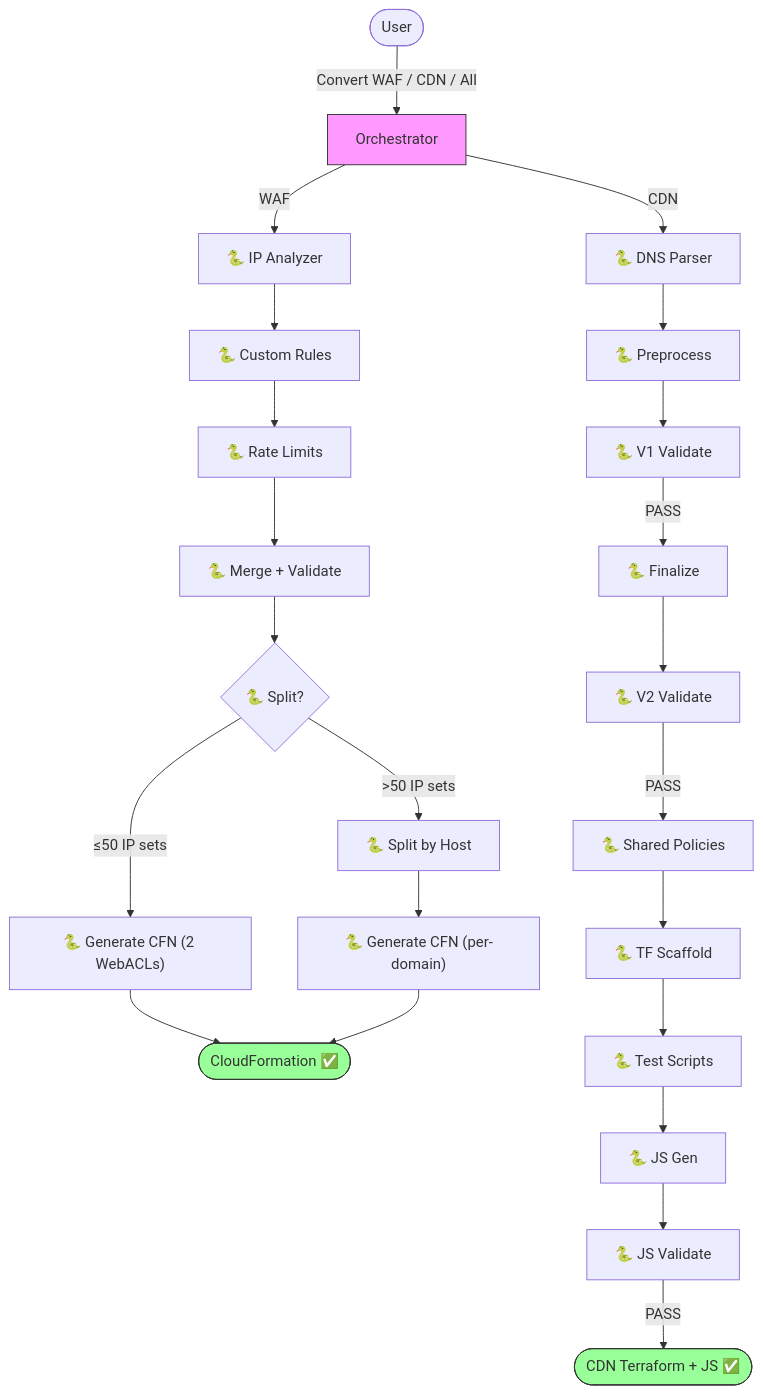
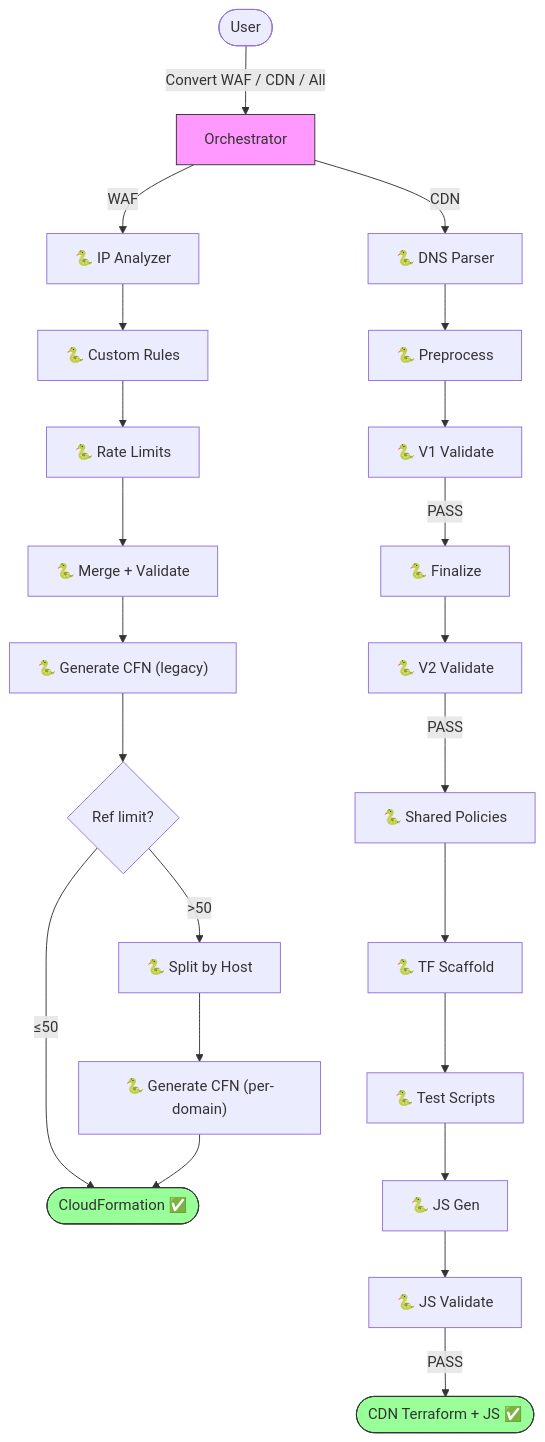
The diagram in README.md (chenghit/cloudflare-aws-edge-config-converter), drawn with Mermaid before and after one commit. The commit also changed other lines of this file and 7 other files, not shown here.

````diff
--- a/README.md
+++ b/README.md
@@ -76,22 +76,23 @@
 ```mermaid
 flowchart TD
     User([User]) -->|"Convert WAF / CDN / All"| Main["Orchestrator"]
 
-    Main -->|WAF| WAF_A1["🐍 IP Analyzer"] --> WAF_A2["🐍 Custom Rules"] --> WAF_A3["🐍 Rate Limits"] --> WAF_M["🐍 Merge + Validate"] --> WAF_S{"🐍 Split?"} -->|"≤50 IP sets"| WAF_G["🐍 Generate CFN (2 WebACLs)"] --> WAF_Done([CloudFormation ✅])
-    WAF_S -->|">50 IP sets"| WAF_SP["🐍 Split by Host"] --> WAF_GP["🐍 Generate CFN (per-domain)"] --> WAF_Done
+    Main -->|WAF| WAF_A1["🐍 IP Analyzer"] --> WAF_A2["🐍 Custom Rules"] --> WAF_A3["🐍 Rate Limits"] --> WAF_M["🐍 Merge + Validate"] --> WAF_G["🐍 Generate CFN (legacy)"] --> WAF_C{Ref limit?}
+    WAF_C -->|"≤50"| WAF_Done([CloudFormation ✅])
+    WAF_C -->|">50"| WAF_SP["🐍 Split by Host"] --> WAF_GP["🐍 Generate CFN (per-domain)"] --> WAF_Done
 
     Main -->|CDN| CDN1["🐍 DNS Parser"] --> CDN3["🐍 Preprocess"]
     CDN3 --> CDN4["🐍 V1 Validate"]
     CDN4 -->|PASS| CDN5["🐍 Finalize"]
     CDN5 --> CDN6["🐍 V2 Validate"]
     CDN6 -->|PASS| CDN7["🐍 Shared Policies"]
     CDN7 --> CDN75["🐍 TF Scaffold"]
     CDN75 --> CDN76["🐍 Test Scripts"]
     CDN76 --> CDN8["🐍 JS Gen"]
     CDN8 --> CDN9["🐍 JS Validate"]
     CDN9 -->|PASS| CDN_Done([CDN Terraform + JS ✅])
 
     style Main fill:#f9f,stroke:#333
     style WAF_Done fill:#9f9,stroke:#333
     style CDN_Done fill:#9f9,stroke:#333
 ```
````
